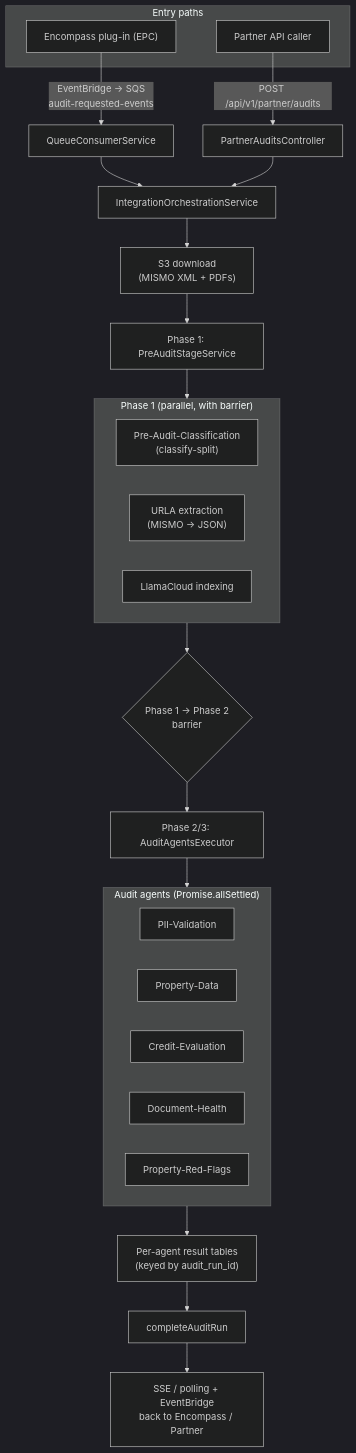
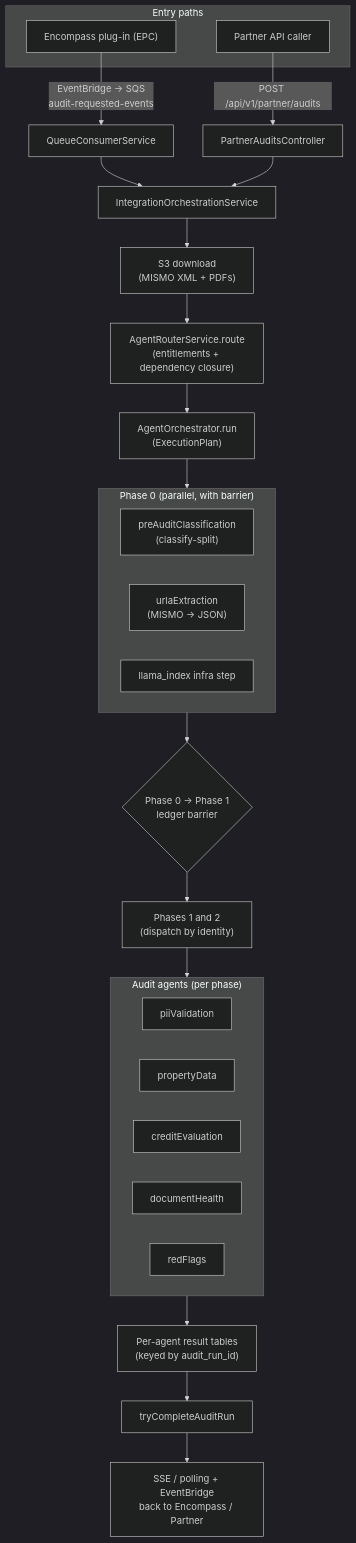
One commit to loanlight-engineering/docs changed the diagram in overview/system-architecture.mdx. Above: the diagram before and after it, drawn with Mermaid (dark theme). The commit also changed other lines of this file and 89 other files, not shown here.

````diff
--- a/overview/system-architecture.mdx
+++ b/overview/system-architecture.mdx
@@ -45,39 +45,40 @@
 ```mermaid
 flowchart TD
     subgraph Entry["Entry paths"]
         EPC["Encompass plug-in (EPC)"]
         PART["Partner API caller"]
     end
 
     EPC -->|"EventBridge → SQS<br/>audit-requested-events"| QC["QueueConsumerService"]
     PART -->|"POST /api/v1/partner/audits"| PC["PartnerAuditsController"]
 
     QC --> ORCH["IntegrationOrchestrationService"]
     PC --> ORCH
 
     ORCH --> S3["S3 download<br/>(MISMO XML + PDFs)"]
-    S3 --> P1["Phase 1: PreAuditStageService"]
+    S3 --> RT["AgentRouterService.route<br/>(entitlements + dependency closure)"]
+    RT --> OR["AgentOrchestrator.run<br/>(ExecutionPlan)"]
 
-    subgraph P1Branches["Phase 1 (parallel, with barrier)"]
-        CLS["Pre-Audit-Classification<br/>(classify-split)"]
-        URLA["URLA extraction<br/>(MISMO → JSON)"]
-        IDX["LlamaCloud indexing"]
+    subgraph P0["Phase 0 (parallel, with barrier)"]
+        CLS["preAuditClassification<br/>(classify-split)"]
+        URLA["urlaExtraction<br/>(MISMO → JSON)"]
+        IDX["llama_index infra step"]
     end
 
-    P1 --> P1Branches
-    P1Branches --> BAR{"Phase 1 → Phase 2<br/>barrier"}
-    BAR --> P2["Phase 2/3: AuditAgentsExecutor"]
+    OR --> P0
+    P0 --> BAR{"Phase 0 → Phase 1<br/>ledger barrier"}
+    BAR --> P12["Phases 1 and 2<br/>(dispatch by identity)"]
 
-    subgraph Agents["Audit agents (Promise.allSettled)"]
-        PII["PII-Validation"]
-        PD["Property-Data"]
-        CR["Credit-Evaluation"]
-        DH["Document-Health"]
-        RF["Property-Red-Flags"]
+    subgraph Agents["Audit agents (per phase)"]
+        PII["piiValidation"]
+        PD["propertyData"]
+        CR["creditEvaluation"]
+        DH["documentHealth"]
+        RF["redFlags"]
     end
 
-    P2 --> Agents
+    P12 --> Agents
     Agents --> RES["Per-agent result tables<br/>(keyed by audit_run_id)"]
-    RES --> DONE["completeAuditRun"]
+    RES --> DONE["tryCompleteAuditRun"]
     DONE --> DEL["SSE / polling + EventBridge<br/>back to Encompass / Partner"]
 ```
````
